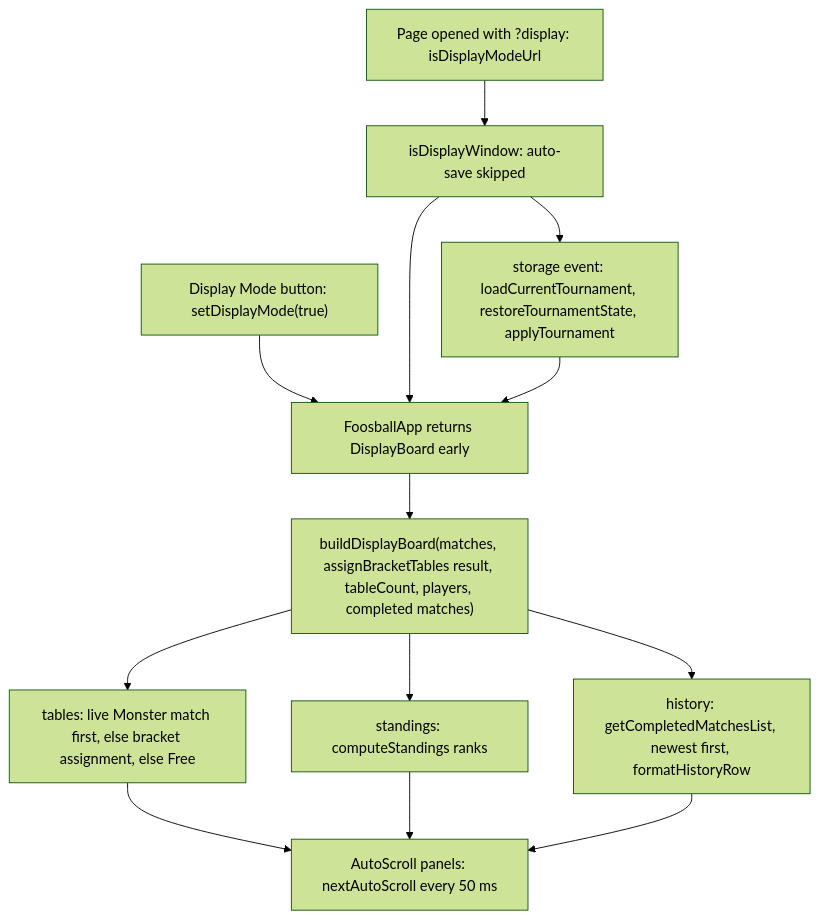
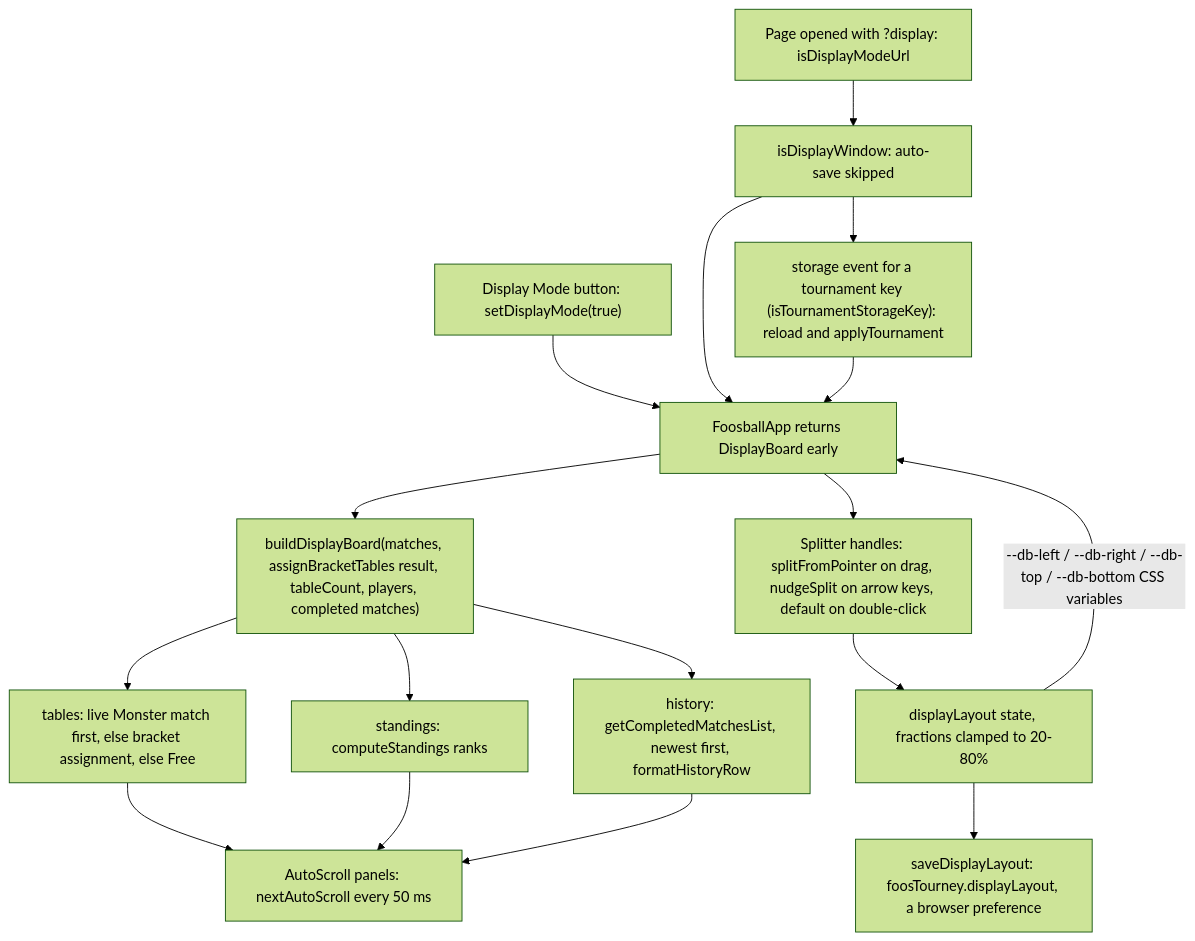
Before and after one commit to DT209/foos-tourney: diagram 11 of 11 in .claude/Flow.md, drawn with Mermaid (forest theme). The commit also changed other lines of this file and 10 other files, not shown here.

````diff
--- a/.claude/Flow.md
+++ b/.claude/Flow.md
@@ -224,15 +224,19 @@
 ```mermaid
 flowchart TD
     BTN["Display Mode button: setDisplayMode(true)"] --> RENDER
     URL["Page opened with ?display: isDisplayModeUrl"] --> DW["isDisplayWindow: auto-save skipped"]
     DW --> RENDER["FoosballApp returns DisplayBoard early"]
     RENDER --> BB["buildDisplayBoard(matches, assignBracketTables result, tableCount, players, completed matches)"]
     BB --> T["tables: live Monster match first, else bracket assignment, else Free"]
     BB --> S["standings: computeStandings ranks"]
     BB --> H["history: getCompletedMatchesList, newest first, formatHistoryRow"]
     T --> AS["AutoScroll panels: nextAutoScroll every 50 ms"]
     S --> AS
     H --> AS
-    DW --> SE["storage event: loadCurrentTournament, restoreTournamentState, applyTournament"]
+    DW --> SE["storage event for a tournament key (isTournamentStorageKey): reload and applyTournament"]
     SE --> RENDER
+    RENDER --> SP["Splitter handles: splitFromPointer on drag, nudgeSplit on arrow keys, default on double-click"]
+    SP --> LY["displayLayout state, fractions clamped to 20-80%"]
+    LY -->|"--db-left / --db-right / --db-top / --db-bottom CSS variables"| RENDER
+    LY --> SV["saveDisplayLayout: foosTourney.displayLayout, a browser preference"]
 ```
````
